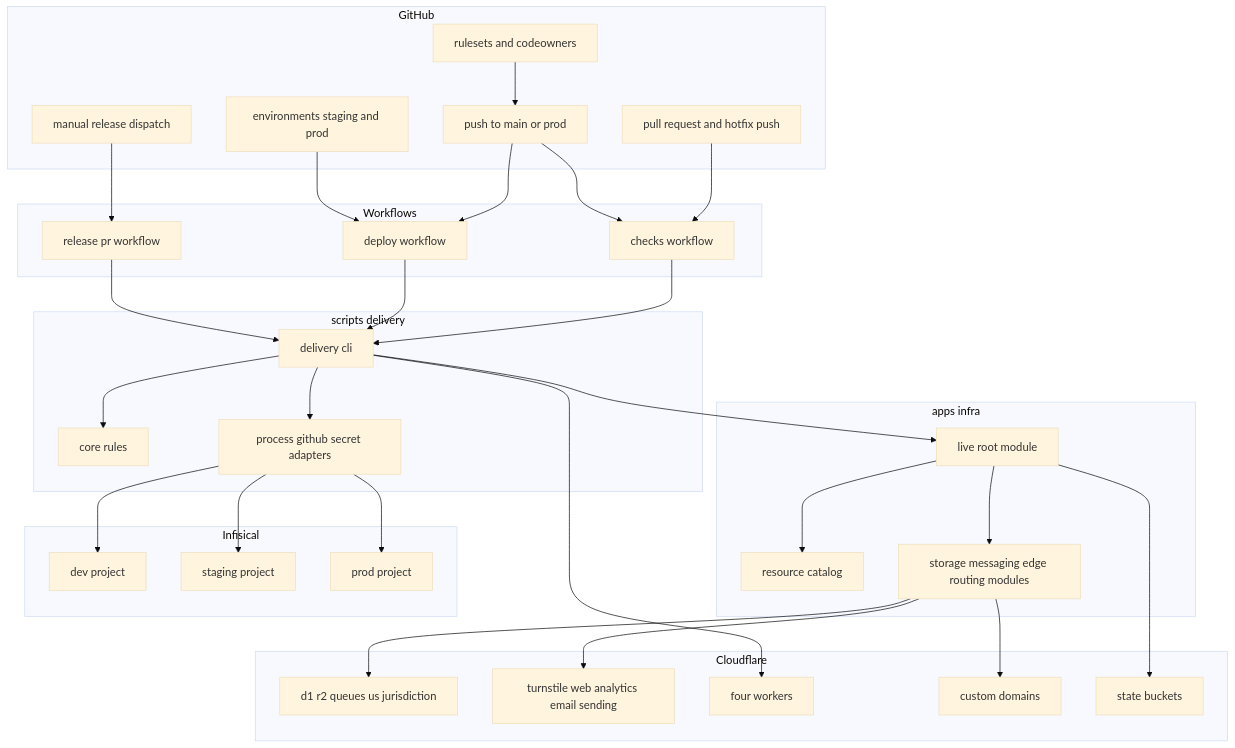
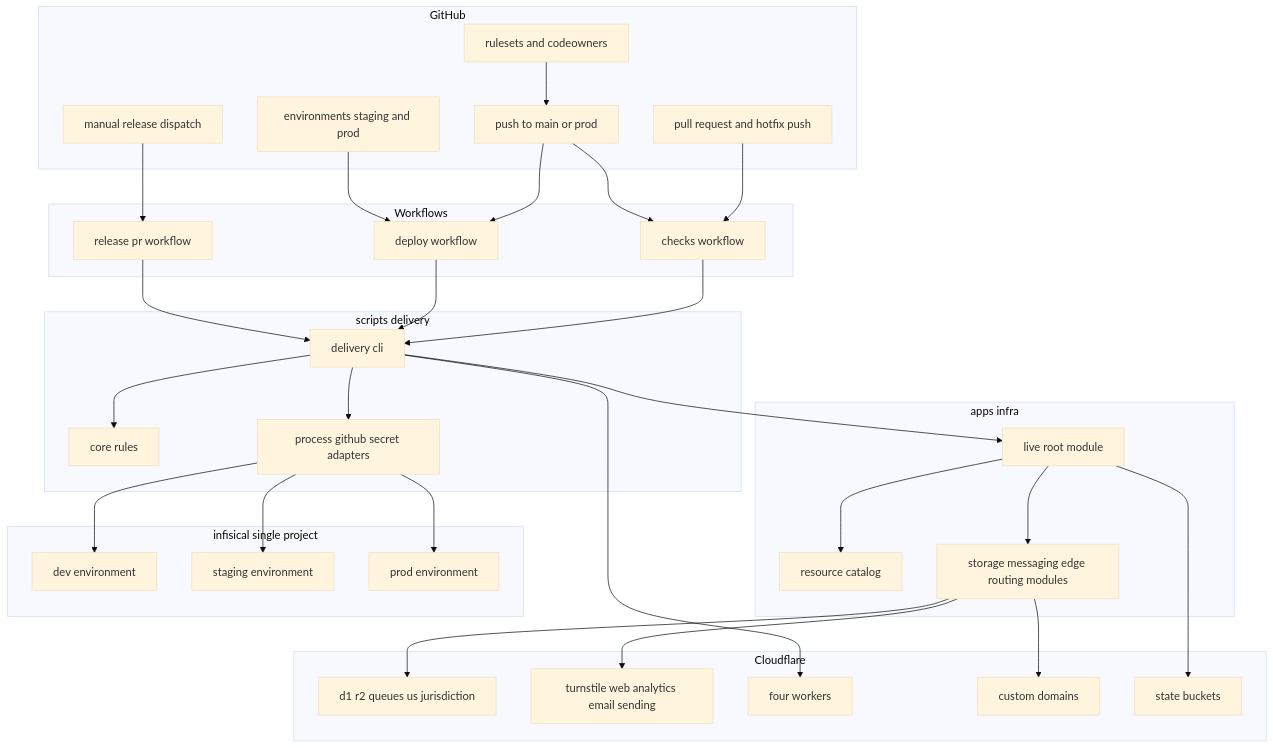
The first of 6 diagrams in .kiro/specs/infra-delivery/design.md (kurachiweb/genai-example-2-launch-platform), drawn with Mermaid (base theme) before and after one commit. The commit also changed other lines of this file and 4 other files, not shown here.

````diff
--- a/.kiro/specs/infra-delivery/design.md
+++ b/.kiro/specs/infra-delivery/design.md
@@ -78,59 +82,59 @@
 ```mermaid
 graph TB
     subgraph GitHub
         PullRequest[pull request and hotfix push]
         PushMain[push to main or prod]
         Dispatch[manual release dispatch]
         Rulesets[rulesets and codeowners]
         Envs[environments staging and prod]
     end
     subgraph Workflows
         Checks[checks workflow]
         Deploy[deploy workflow]
         Release[release pr workflow]
     end
     subgraph Delivery[scripts delivery]
         Cli[delivery cli]
         CoreRules[core rules]
         Adapters[process github secret adapters]
     end
     subgraph Infra[apps infra]
         Catalog[resource catalog]
         Live[live root module]
         Modules[storage messaging edge routing modules]
     end
-    subgraph Infisical
-        DevProject[dev project]
-        StagingProject[staging project]
-        ProdProject[prod project]
+    subgraph Infisical[infisical single project]
+        DevEnv[dev environment]
+        StagingEnv[staging environment]
+        ProdEnv[prod environment]
     end
     subgraph Cloudflare
         Data[d1 r2 queues us jurisdiction]
         Edge[turnstile web analytics email sending]
         Workers[four workers]
         Domains[custom domains]
         StateBucket[state buckets]
     end
     PullRequest --> Checks
     PushMain --> Checks
     PushMain --> Deploy
     Dispatch --> Release
     Checks --> Cli
     Deploy --> Cli
     Release --> Cli
     Cli --> CoreRules
     Cli --> Adapters
-    Adapters --> DevProject
-    Adapters --> StagingProject
-    Adapters --> ProdProject
+    Adapters --> DevEnv
+    Adapters --> StagingEnv
+    Adapters --> ProdEnv
     Cli --> Live
     Live --> Catalog
     Live --> Modules
     Live --> StateBucket
     Modules --> Data
     Modules --> Edge
     Modules --> Domains
     Cli --> Workers
     Envs --> Deploy
     Rulesets --> PushMain
 ```
````
